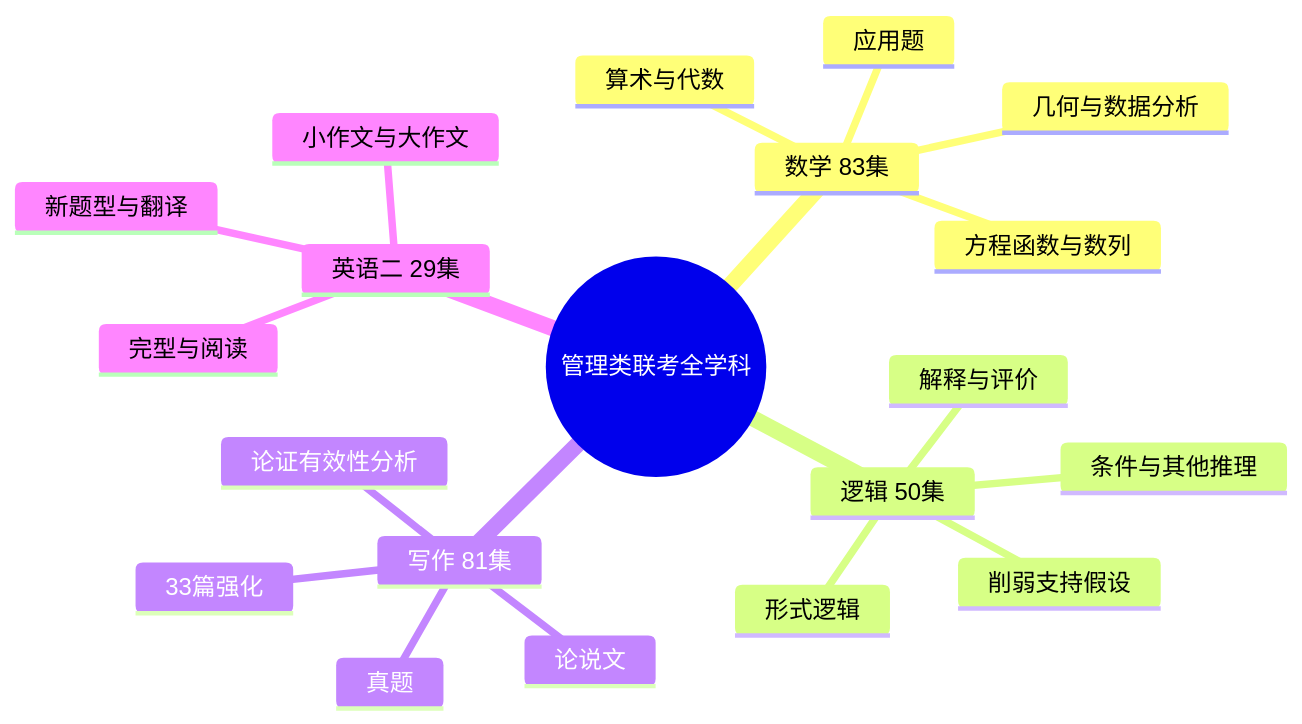
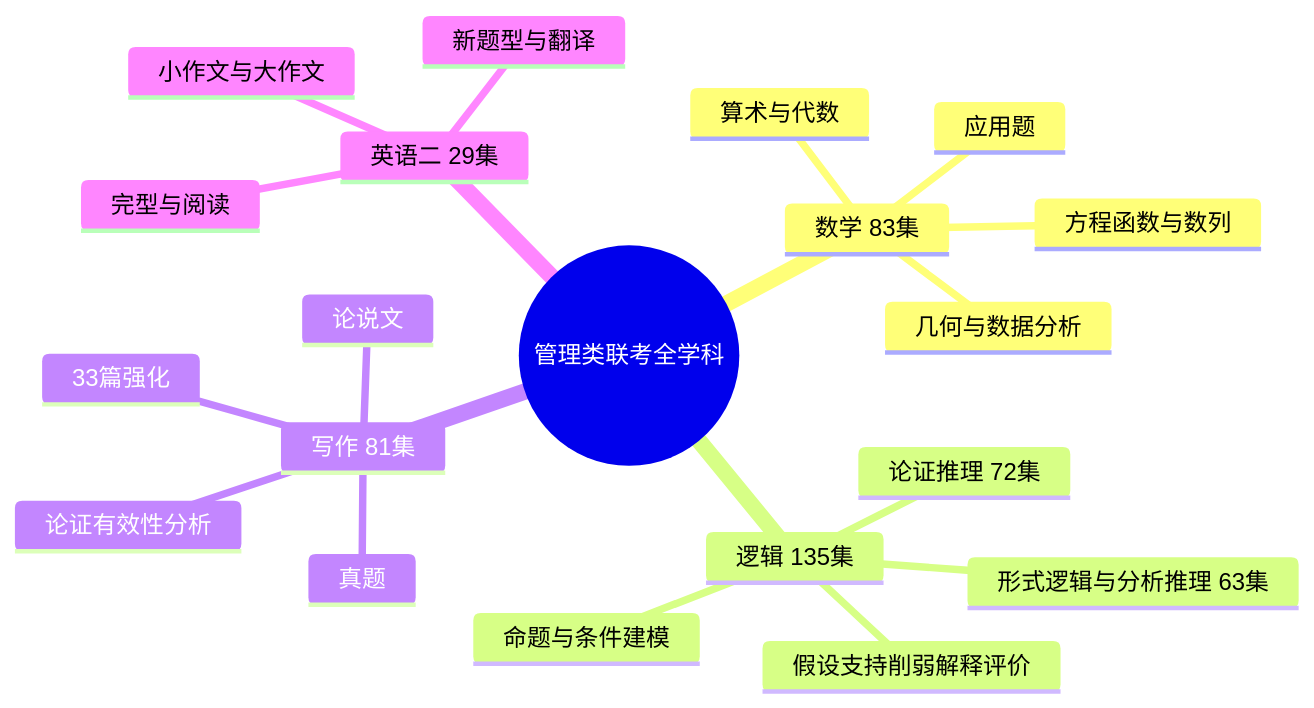
One commit to GeekyWizKid/2027-management-joint-exam-study-guide changed the first of 2 diagrams in 00-全学科总览与联合学习路径.md. Above: the diagram before and after it, drawn with Mermaid. The commit also changed other lines of this file and 58 other files, not shown here.

````diff
--- a/00-全学科总览与联合学习路径.md
+++ b/00-全学科总览与联合学习路径.md
@@ -15,23 +15,23 @@
 ```mermaid
 mindmap
   root((管理类联考全学科))
     数学 83集
       算术与代数
       方程函数与数列
       几何与数据分析
       应用题
-    逻辑 50集
-      形式逻辑
-      条件与其他推理
-      削弱支持假设
-      解释与评价
+    逻辑 135集
+      形式逻辑与分析推理 63集
+      论证推理 72集
+      命题与条件建模
+      假设支持削弱解释评价
     写作 81集
       论证有效性分析
       论说文
       真题
       33篇强化
     英语二 29集
       完型与阅读
       新题型与翻译
       小作文与大作文
 ```
````
